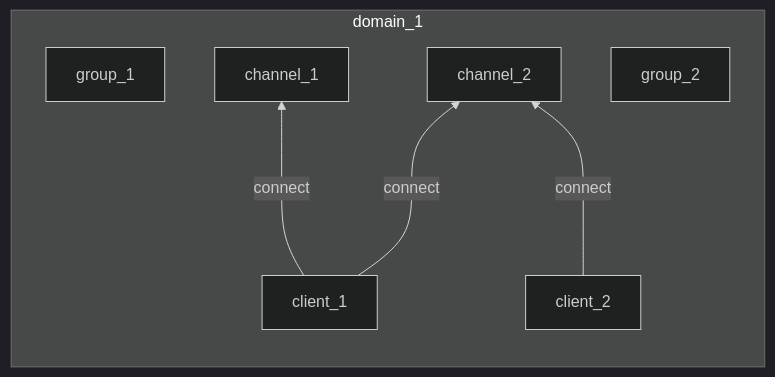
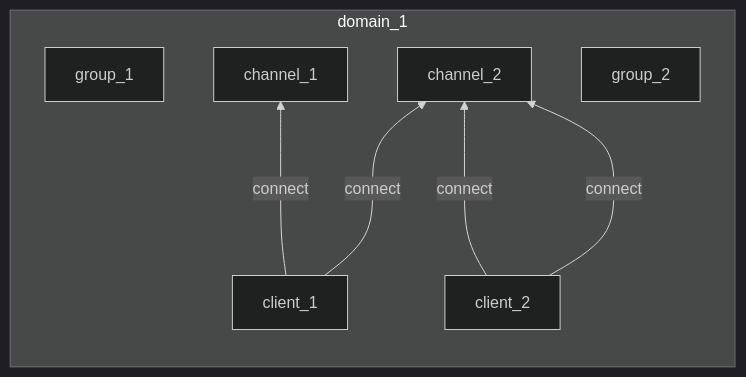
One commit to nyagamunene/supermq-docs changed the fourth of 8 diagrams in docs/authorization.md. Above: the diagram before and after it, drawn with Mermaid (dark theme). The commit also changed other lines of this file and 8 other files, not shown here.

````diff
--- a/docs/authorization.md
+++ b/docs/authorization.md
@@ -93,20 +109,21 @@
 ```mermaid
 graph
    subgraph domain_1
       direction BT
       Gr1["group_1"]
       Gr2["group_2"]
 
-      Th1["client_1"]
-      Th2["client_2"]
+      Cl1["client_1"]
+      Cl2["client_2"]
 
       Ch1["channel_1"]
       Ch2["channel_2"]
 
 
-      Th1 --->|connect| Ch1
-      Th1 --->|connect| Ch2
+      Cl1 --->|connect| Ch1
+      Cl1 --->|connect| Ch2
 
-      Th2 --->|connect| Ch2
+      Cl2 --->|connect| Ch2
+      Cl2 --->|connect| Ch2
    end
 ```
````
